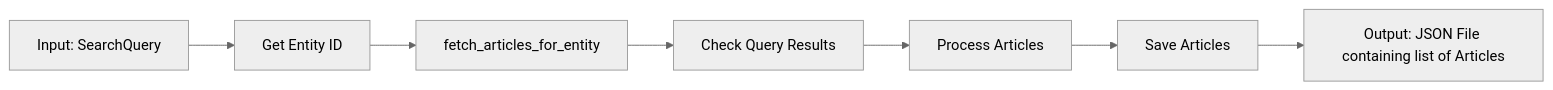
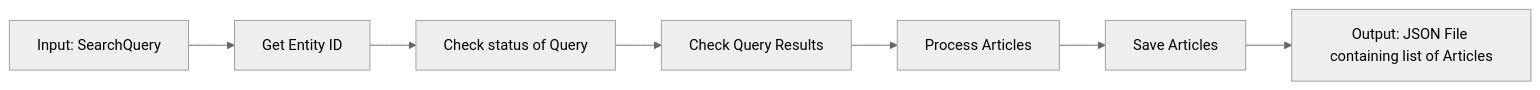
The diagram in OGL/readme.md (NotAlvin/Argus-Pub), drawn with Mermaid (neutral theme) before and after one commit. The commit also changed other lines of this file, not shown here.

Commit message:
Added readme for LEDR

````diff
--- a/OGL/readme.md
+++ b/OGL/readme.md
@@ -19,9 +19,9 @@
 ```mermaid
 graph LR
     A[Input: SearchQuery] --> B[Get Entity ID]
-    B --> C[fetch_articles_for_entity]
+    B --> C[Check status of Query]
     C --> D[Check Query Results]
     D --> E[Process Articles]
     E --> F[Save Articles]
     F --> G[Output: JSON File containing list of Articles]
 ```
````
